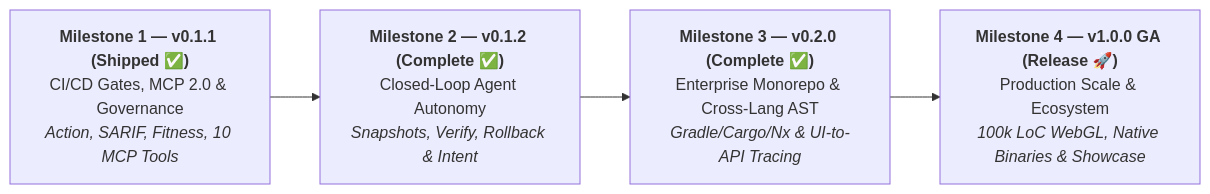
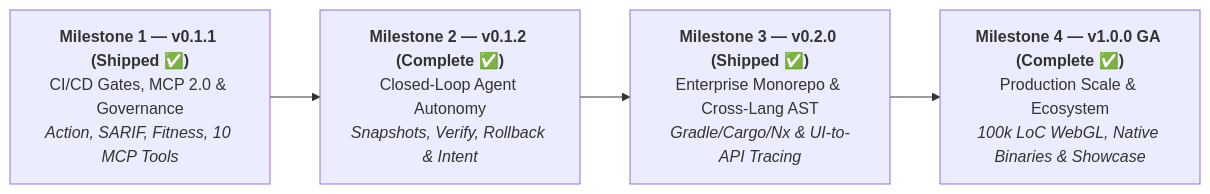
Before and after one commit to fmatar/archlens: the diagram in ROADMAP.md, drawn with Mermaid. The commit also changed other lines of this file and 32 other files, not shown here.

Commit message:
feat(release): migrate to Quarkus Quinoa 2.9.3 and complete Milestone 4 v1.0.0 GA (#4001)

````diff
--- a/ROADMAP.md
+++ b/ROADMAP.md
@@ -9,9 +9,9 @@
 ```mermaid
 flowchart LR
     M1["<b>Milestone 1 — v0.1.1 (Shipped ✅)</b><br/>CI/CD Gates, MCP 2.0 & Governance<br/><i>Action, SARIF, Fitness, 10 MCP Tools</i>"]
     M2["<b>Milestone 2 — v0.1.2 (Complete ✅)</b><br/>Closed-Loop Agent Autonomy<br/><i>Snapshots, Verify, Rollback & Intent</i>"]
-    M3["<b>Milestone 3 — v0.2.0 (Complete ✅)</b><br/>Enterprise Monorepo & Cross-Lang AST<br/><i>Gradle/Cargo/Nx & UI-to-API Tracing</i>"]
-    M4["<b>Milestone 4 — v1.0.0 GA (Release 🚀)</b><br/>Production Scale & Ecosystem<br/><i>100k LoC WebGL, Native Binaries & Showcase</i>"]
+    M3["<b>Milestone 3 — v0.2.0 (Shipped ✅)</b><br/>Enterprise Monorepo & Cross-Lang AST<br/><i>Gradle/Cargo/Nx & UI-to-API Tracing</i>"]
+    M4["<b>Milestone 4 — v1.0.0 GA (Complete ✅)</b><br/>Production Scale & Ecosystem<br/><i>100k LoC WebGL, Native Binaries & Showcase</i>"]
 
     M1 --> M2 --> M3 --> M4
 ```
````
